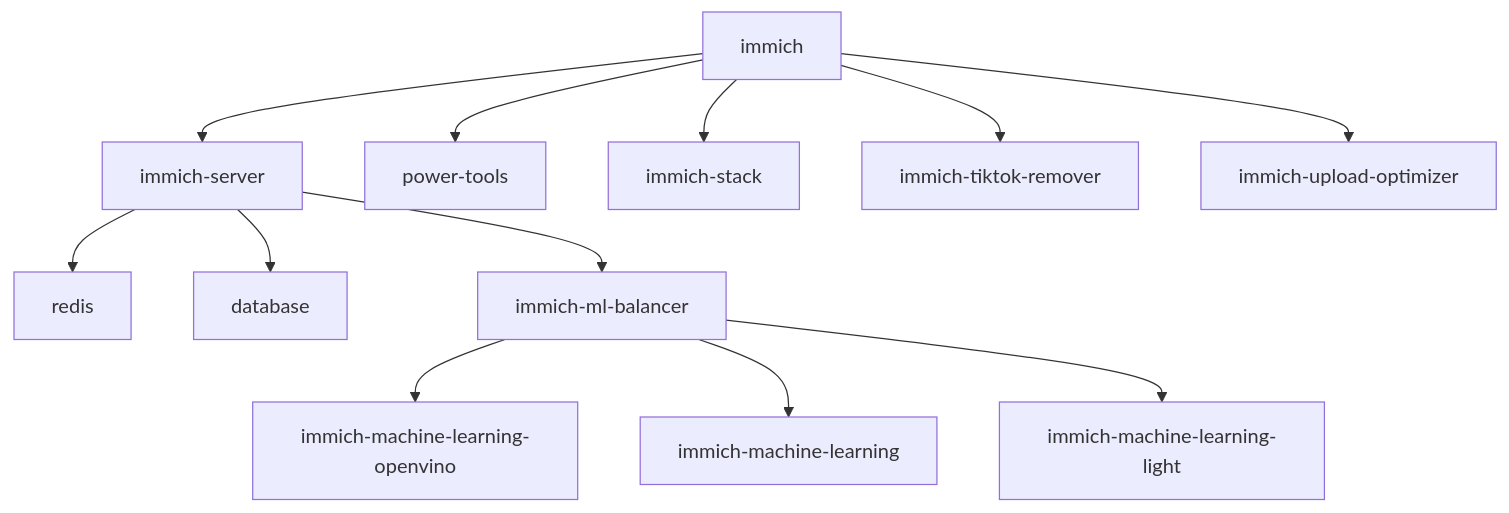
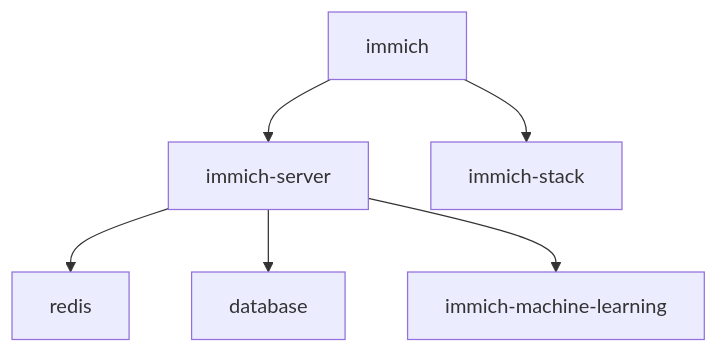
Before and after one commit to BenceGyurus/Homelab: the diagram in diagrams/immich.mmd, drawn with Mermaid.

Commit message:
immich diagram

```diff
--- a/diagrams/immich.mmd
+++ b/diagrams/immich.mmd
@@ -1,12 +1,6 @@
 graph TD
 immich-->immich-server
 immich-server-->redis
 immich-server-->database
-immich-->power-tools
-immich-server-->immich-ml-balancer
-immich-ml-balancer-->immich-machine-learning-openvino
-immich-ml-balancer-->immich-machine-learning
-immich-ml-balancer-->immich-machine-learning-light
+immich-server-->immich-machine-learning
 immich-->immich-stack
-immich-->immich-tiktok-remover
-immich-->immich-upload-optimizer
```
